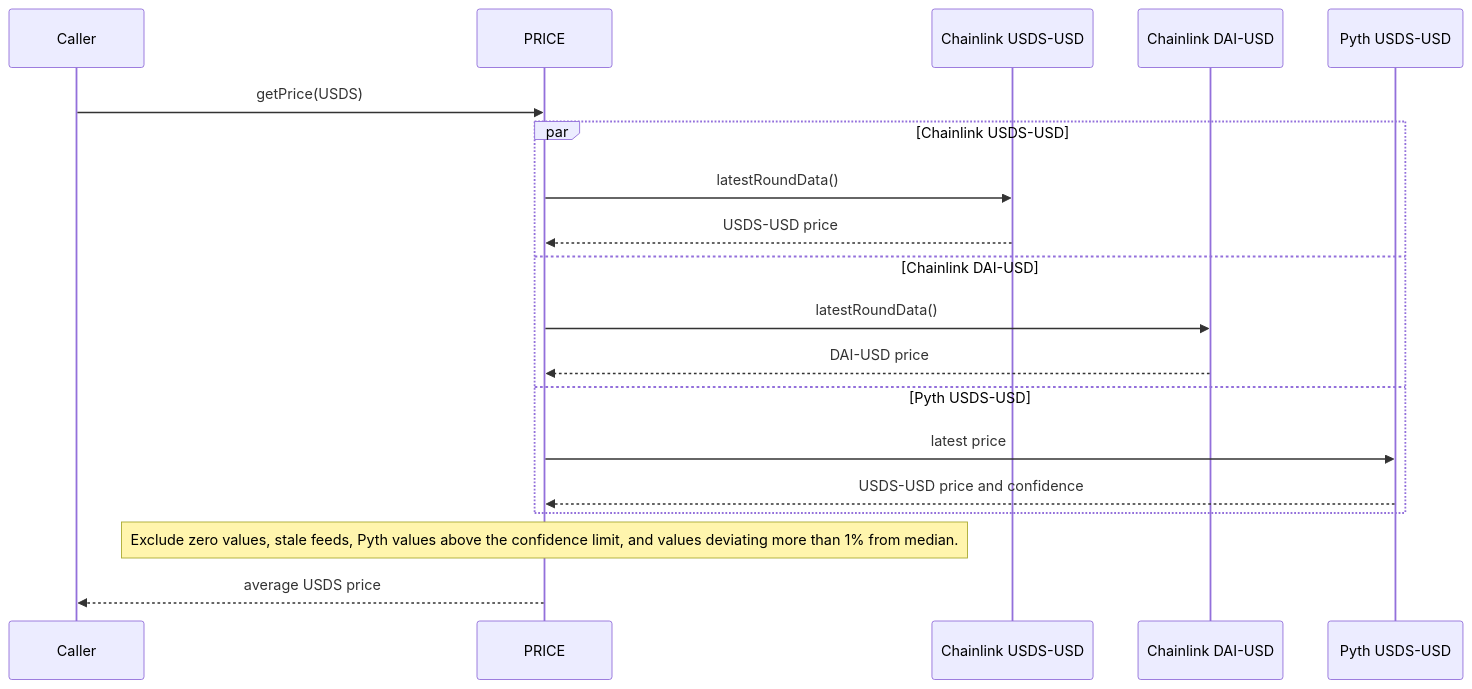
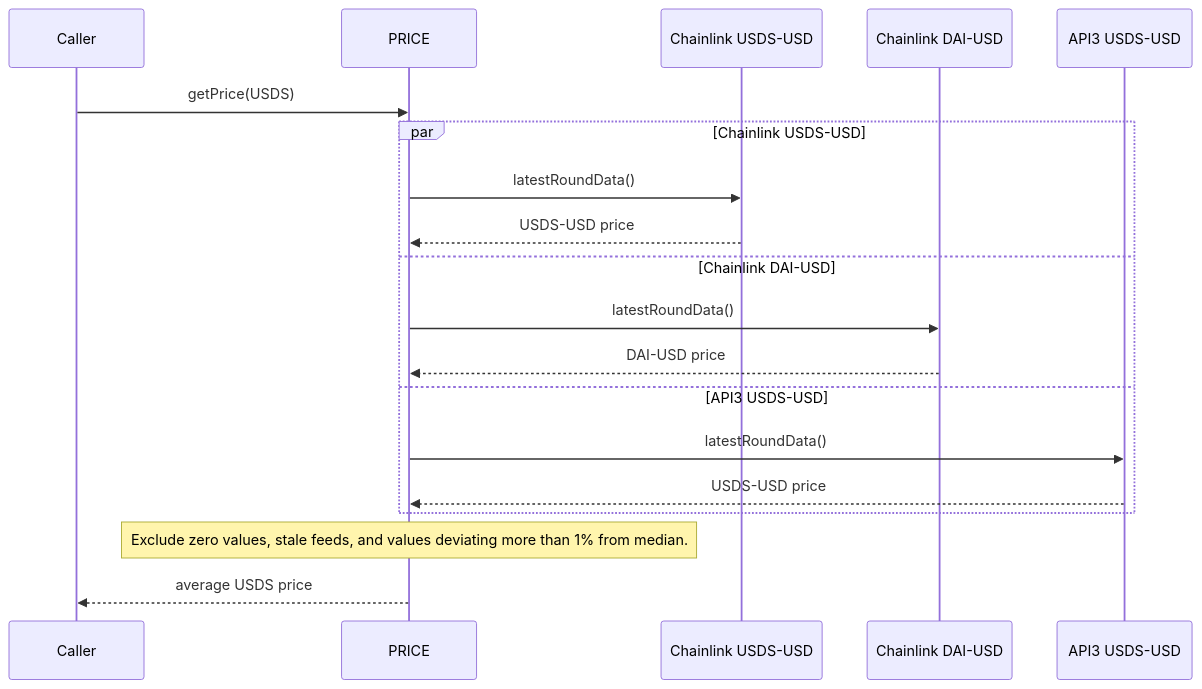
The first of 3 diagrams in docs/overview/09_asset-configuration.md (OlympusDAO/olympus-docs), drawn with Mermaid before and after one commit. The commit also changed other lines of this file and 2 other files, not shown here.

Commit message:
docs: update PRICE asset configuration

````diff
--- a/docs/overview/09_asset-configuration.md
+++ b/docs/overview/09_asset-configuration.md
@@ -65,22 +65,22 @@
 ```mermaid
 sequenceDiagram
     participant Caller
     participant PRICE
     participant CL_USDS as Chainlink USDS-USD
     participant CL_DAI as Chainlink DAI-USD
-    participant PYTH_USDS as Pyth USDS-USD
+    participant API3_USDS as API3 USDS-USD
 
     Caller->>PRICE: getPrice(USDS)
     par Chainlink USDS-USD
         PRICE->>CL_USDS: latestRoundData()
         CL_USDS-->>PRICE: USDS-USD price
     and Chainlink DAI-USD
         PRICE->>CL_DAI: latestRoundData()
         CL_DAI-->>PRICE: DAI-USD price
-    and Pyth USDS-USD
-        PRICE->>PYTH_USDS: latest price
-        PYTH_USDS-->>PRICE: USDS-USD price and confidence
+    and API3 USDS-USD
+        PRICE->>API3_USDS: latestRoundData()
+        API3_USDS-->>PRICE: USDS-USD price
     end
-    Note over PRICE: Exclude zero values, stale feeds, Pyth values above the confidence limit, and values deviating more than 1% from median.
+    Note over PRICE: Exclude zero values, stale feeds, and values deviating more than 1% from median.
     PRICE-->>Caller: average USDS price
 ```
````
